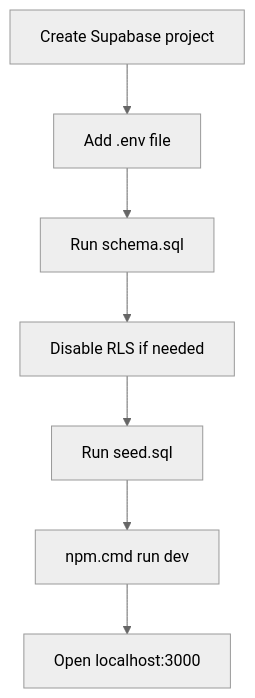
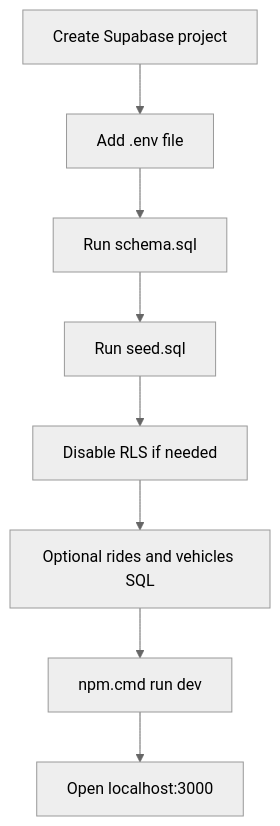
Before and after one commit to Youssefb89/HopIn: the diagram in docs/backend-setup.md, drawn with Mermaid (neutral theme). The commit also changed other lines of this file and 50 other files, not shown here.

````diff
--- a/docs/backend-setup.md
+++ b/docs/backend-setup.md
@@ -107,9 +110,10 @@
 ```mermaid
 flowchart TD
     A["Create Supabase project"] --> B["Add .env file"]
     B --> C["Run schema.sql"]
-    C --> D["Disable RLS if needed"]
-    D --> E["Run seed.sql"]
-    E --> F["npm.cmd run dev"]
-    F --> G["Open localhost:3000"]
+    C --> D["Run seed.sql"]
+    D --> E["Disable RLS if needed"]
+    E --> F["Optional rides and vehicles SQL"]
+    F --> G["npm.cmd run dev"]
+    G --> H["Open localhost:3000"]
 ```
````
